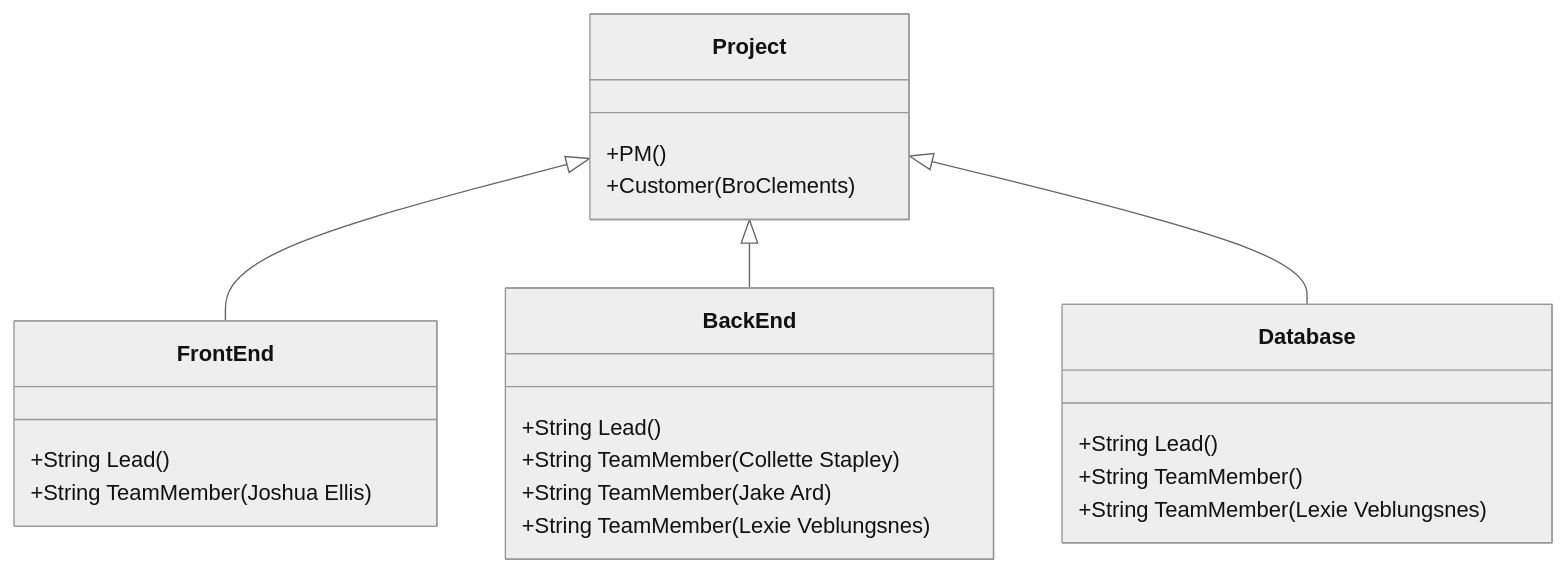
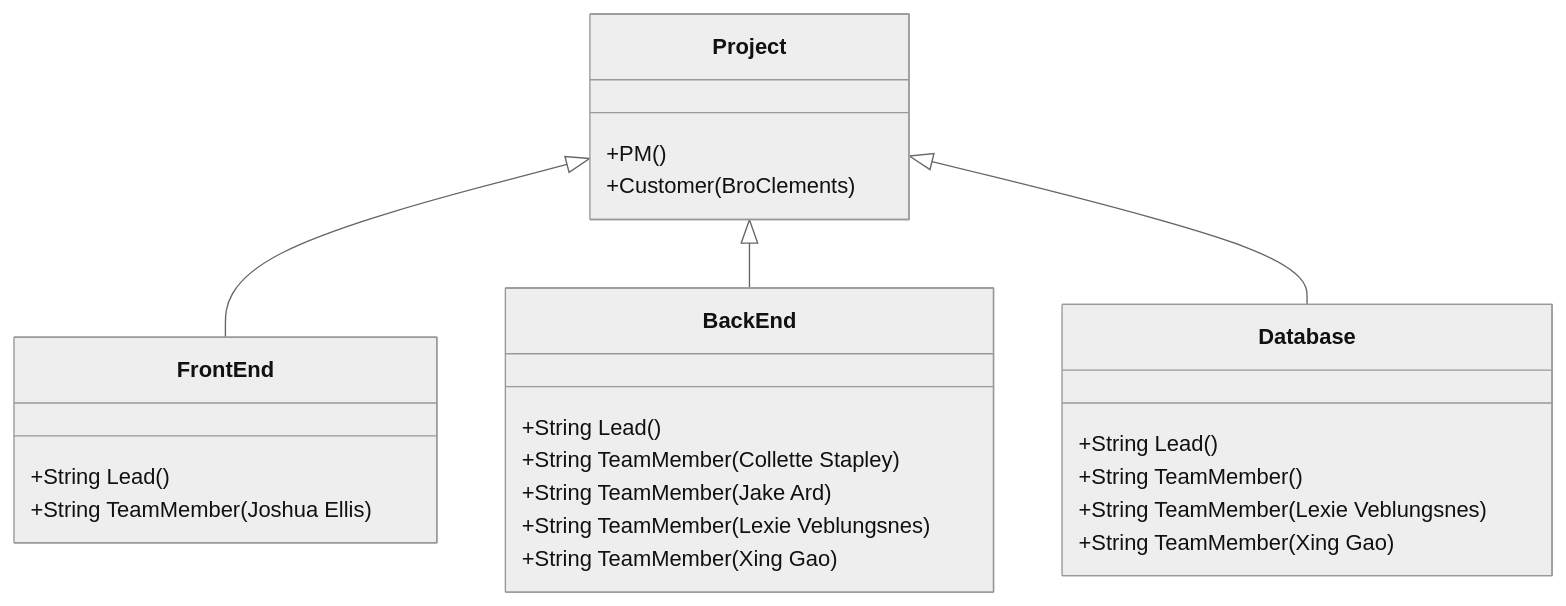
One commit to anrj2/2024SprCSE397PCP changed the second of 2 diagrams in project/org/OrganizationChart.md. Above: the diagram before and after it, drawn with Mermaid (neutral theme). The commit also changed other lines of this file, not shown here.

````diff
--- a/project/org/OrganizationChart.md
+++ b/project/org/OrganizationChart.md
@@ -27,25 +28,28 @@
 ```mermaid
 classDiagram
       Project <|-- FrontEnd
       Project <|-- BackEnd
       Project <|-- Database
       Project : +PM()
       Project : +Customer(BroClements)
       class FrontEnd{
           +String Lead()
           +String TeamMember(Joshua Ellis)
 
       }
       class BackEnd{
           +String Lead()
           +String TeamMember(Collette Stapley)
           +String TeamMember(Jake Ard)
           +String TeamMember(Lexie Veblungsnes)
+          +String TeamMember(Xing Gao)
 
       }
       class Database{
           +String Lead()
           +String TeamMember()
           +String TeamMember(Lexie Veblungsnes)
+          +String TeamMember(Xing Gao)
+      
       }
 ```
````
